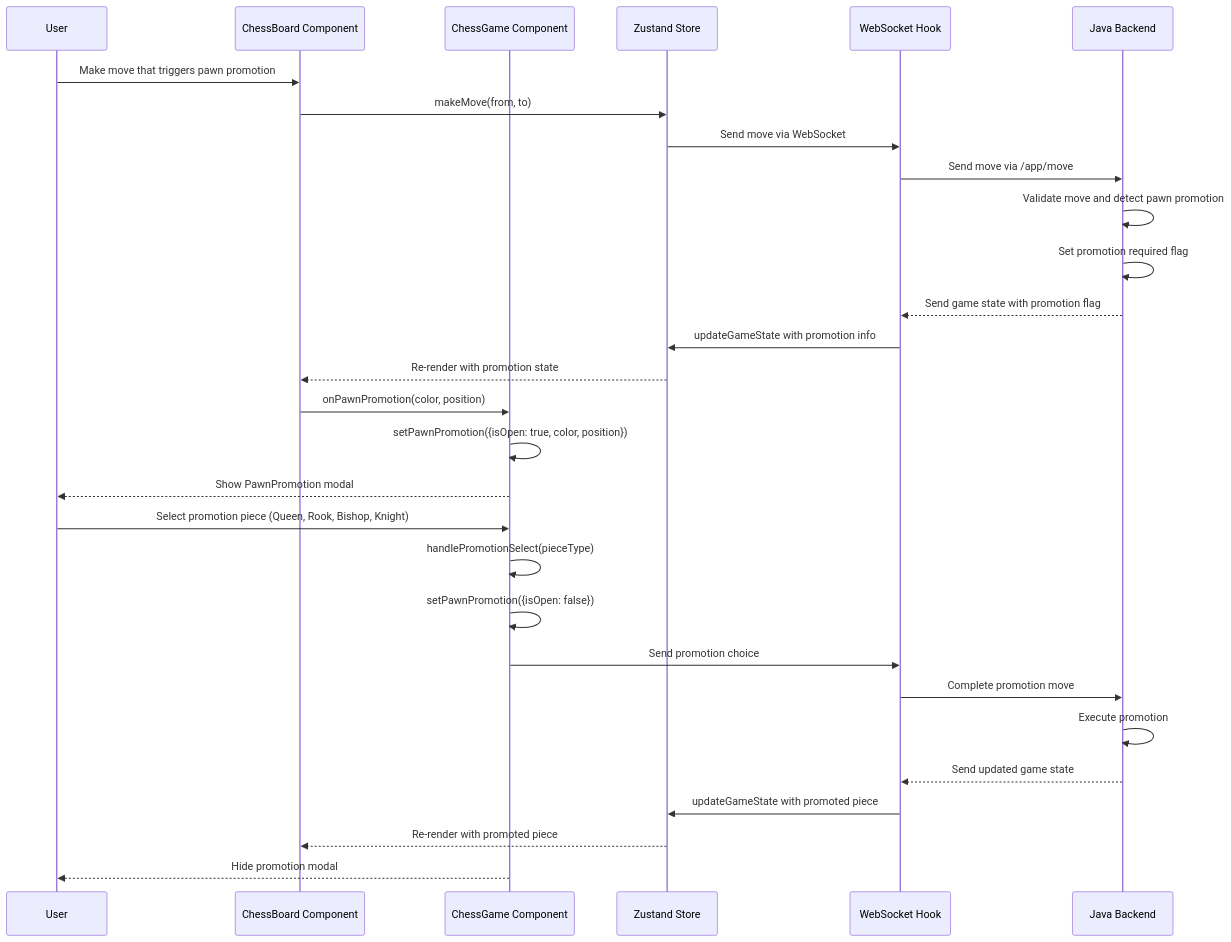
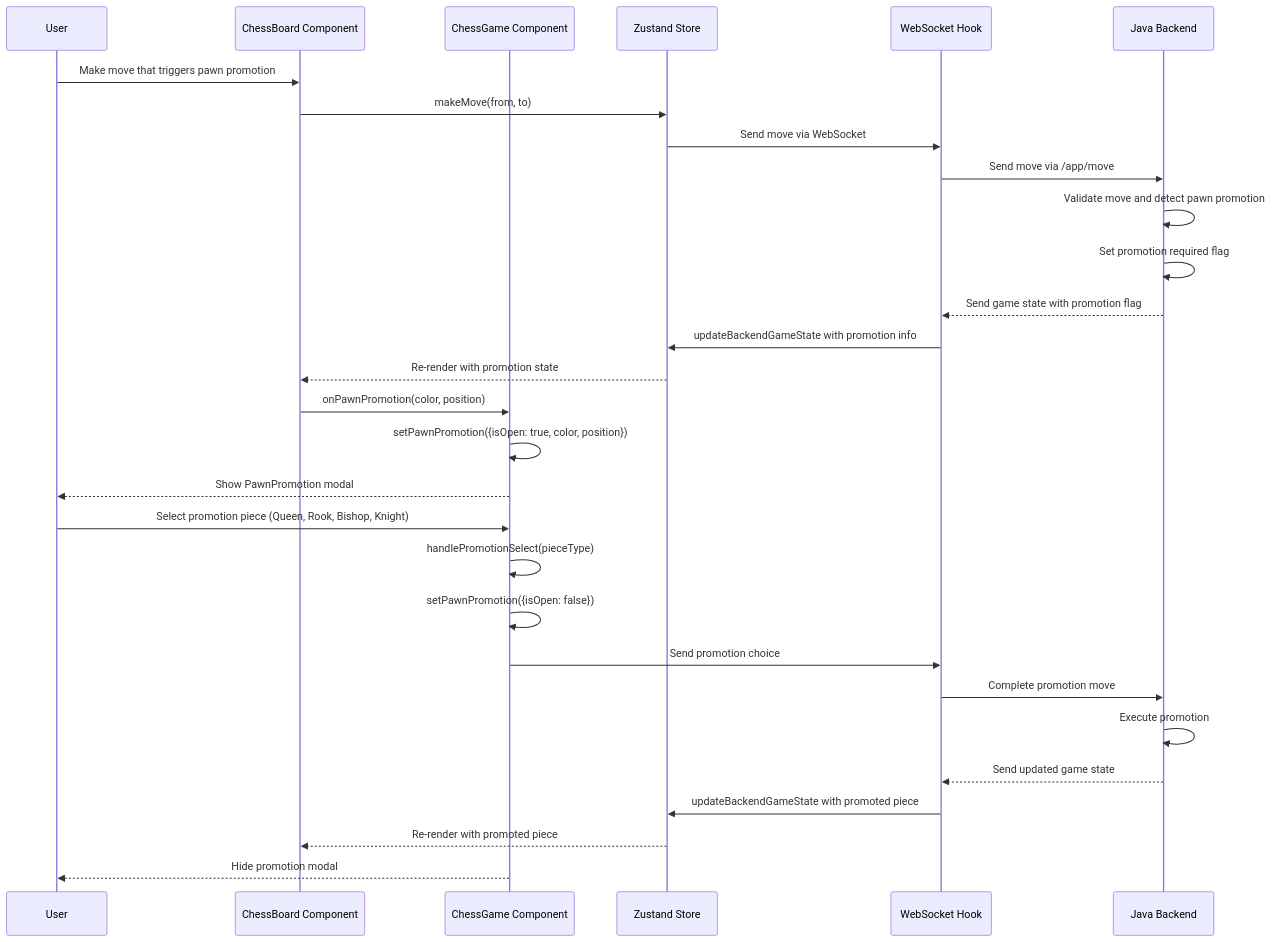
The sixth of 12 diagrams in docs/CURSOR_UI_SEQUENCE.md (premkumardevadason/chess), drawn with Mermaid before and after one commit. The commit also changed other lines of this file, not shown here.

Commit message:
Update CURSOR_UI_SEQUENCE.md: Add stateless frontend architecture, invalid move handling, performance monitoring browser compatibility, and console logging removal documentation

````diff
--- a/docs/CURSOR_UI_SEQUENCE.md
+++ b/docs/CURSOR_UI_SEQUENCE.md
@@ -213,36 +232,36 @@
 ```mermaid
 sequenceDiagram
     participant User
     participant Board as ChessBoard Component
     participant Game as ChessGame Component
     participant Store as Zustand Store
     participant WS as WebSocket Hook
     participant Backend as Java Backend
 
     User->>Board: Make move that triggers pawn promotion
     Board->>Store: makeMove(from, to)
     Store->>WS: Send move via WebSocket
     WS->>Backend: Send move via /app/move
     
     Backend->>Backend: Validate move and detect pawn promotion
     Backend->>Backend: Set promotion required flag
     Backend-->>WS: Send game state with promotion flag
-    WS->>Store: updateGameState with promotion info
+    WS->>Store: updateBackendGameState with promotion info
     
     Store-->>Board: Re-render with promotion state
     Board->>Game: onPawnPromotion(color, position)
     Game->>Game: setPawnPromotion({isOpen: true, color, position})
     Game-->>User: Show PawnPromotion modal
     
     User->>Game: Select promotion piece (Queen, Rook, Bishop, Knight)
     Game->>Game: handlePromotionSelect(pieceType)
     Game->>Game: setPawnPromotion({isOpen: false})
     Game->>WS: Send promotion choice
     WS->>Backend: Complete promotion move
     
     Backend->>Backend: Execute promotion
     Backend-->>WS: Send updated game state
-    WS->>Store: updateGameState with promoted piece
+    WS->>Store: updateBackendGameState with promoted piece
     Store-->>Board: Re-render with promoted piece
     Game-->>User: Hide promotion modal
 ```
````
